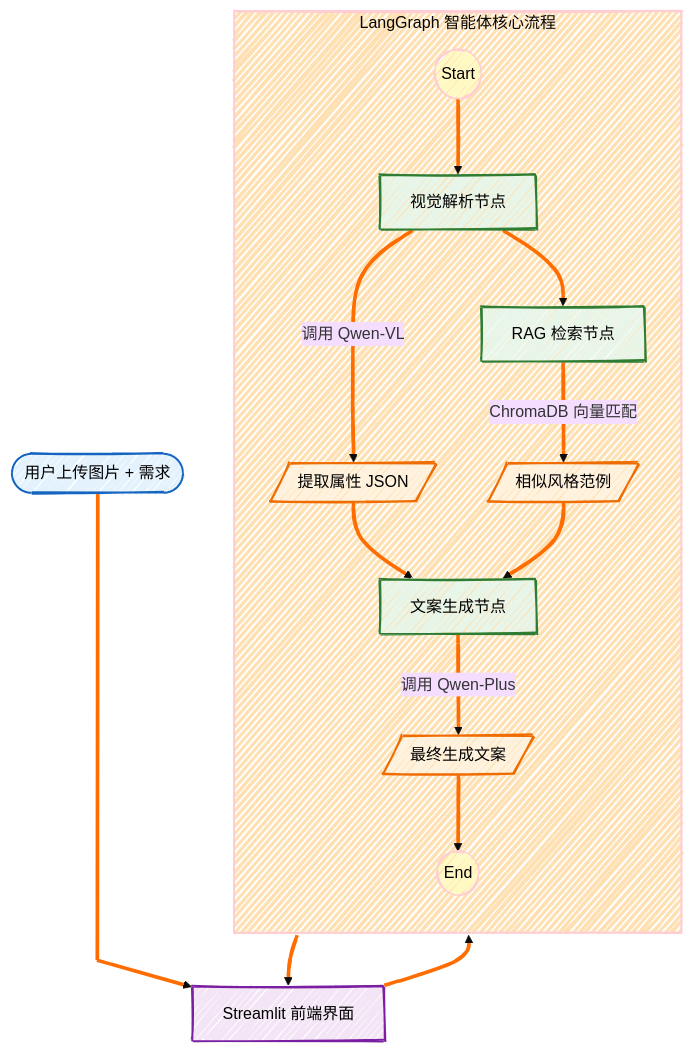
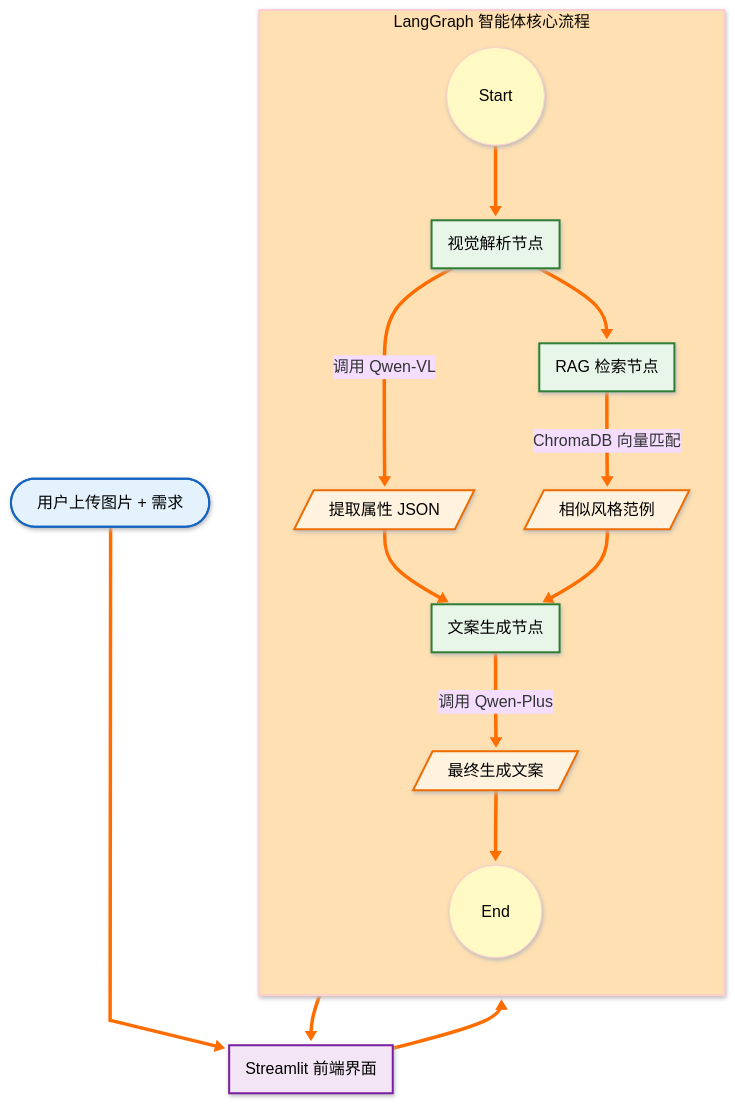
One commit to Daphne502/E-ComMate changed the diagram in README.md. Above: the diagram before and after it, drawn with Mermaid.

````diff
--- a/README.md
+++ b/README.md
@@ -39,64 +39,64 @@
 ```mermaid
 ---
 config:
   layout: dagre
   theme: base
-  look: handDrawn
+  look: neo
 ---
 flowchart TB
  subgraph AgentScope["LangGraph 智能体核心流程"]
     direction TB
         Start(("Start"))
         Vision["视觉解析节点"]
         Retrieve["RAG 检索节点"]
         Generate["文案生成节点"]
         Attributes[/"提取属性 JSON"/]
         Examples[/"相似风格范例"/]
         FinalCopy[/"最终生成文案"/]
         End(("End"))
   end
     User(["用户上传图片 + 需求"]) L_User_UI_0@==> UI["Streamlit 前端界面"]
     UI ==> Start
     Start ==> Vision
     Vision == "调用 Qwen-VL" ==> Attributes
     Vision ==> Retrieve
     Retrieve == ChromaDB 向量匹配 ==> Examples
     Attributes ==> Generate
     Examples ==> Generate
     Generate == "调用 Qwen-Plus" ==> FinalCopy
     FinalCopy ==> End
     End ==> UI
 
      End:::term
      FinalCopy:::data
      Examples:::data
      Attributes:::data
      Generate:::process
      Retrieve:::process
      Vision:::process
      Start:::term
      User:::user
      UI:::ui
     classDef user fill:#e3f2fd,stroke:#1565c0,stroke-width:2px,color:#000
     classDef ui fill:#f3e5f5,stroke:#7b1fa2,stroke-width:2px,color:#000
     classDef agent fill:#fff,stroke:#333,stroke-width:1px,stroke-dasharray: 5 5
     classDef process fill:#e8f5e9,stroke:#2e7d32,stroke-width:2px,color:#000
     classDef data fill:#fff3e0,stroke:#ef6c00,stroke-width:2px,color:#000,shape:parallelogram
     classDef term fill:#000,stroke:#000,color:#fff
     style End stroke:#FFCDD2,fill:#FFF9C4,color:#000000
     style Start fill:#FFF9C4,color:#000000,stroke:#FFCDD2
     style AgentScope fill:#FFE0B2,stroke:#FFCDD2,stroke-width:2px
     linkStyle 0 stroke:#FF6D00,fill:none
     linkStyle 1 stroke:#FF6D00,fill:none
     linkStyle 2 stroke:#FF6D00,fill:none
     linkStyle 3 stroke:#FF6D00,fill:none
     linkStyle 4 stroke:#FF6D00,fill:none
     linkStyle 5 stroke:#FF6D00,fill:none
     linkStyle 6 stroke:#FF6D00,fill:none
     linkStyle 7 stroke:#FF6D00,fill:none
     linkStyle 8 stroke:#FF6D00,fill:none
     linkStyle 9 stroke:#FF6D00,fill:none
     linkStyle 10 stroke:#FF6D00,fill:none
 
     L_User_UI_0@{ curve: linear }
 ```
````
